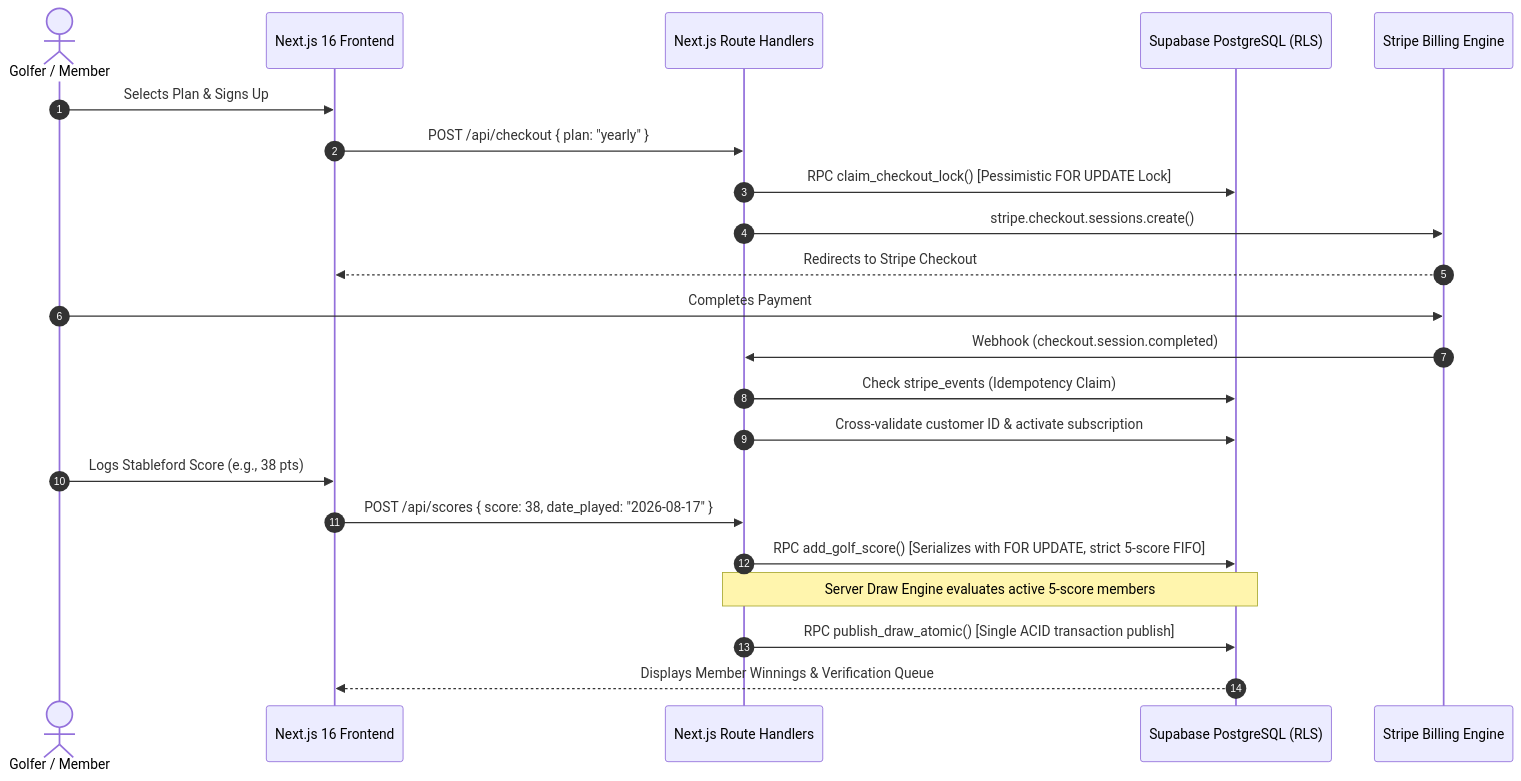
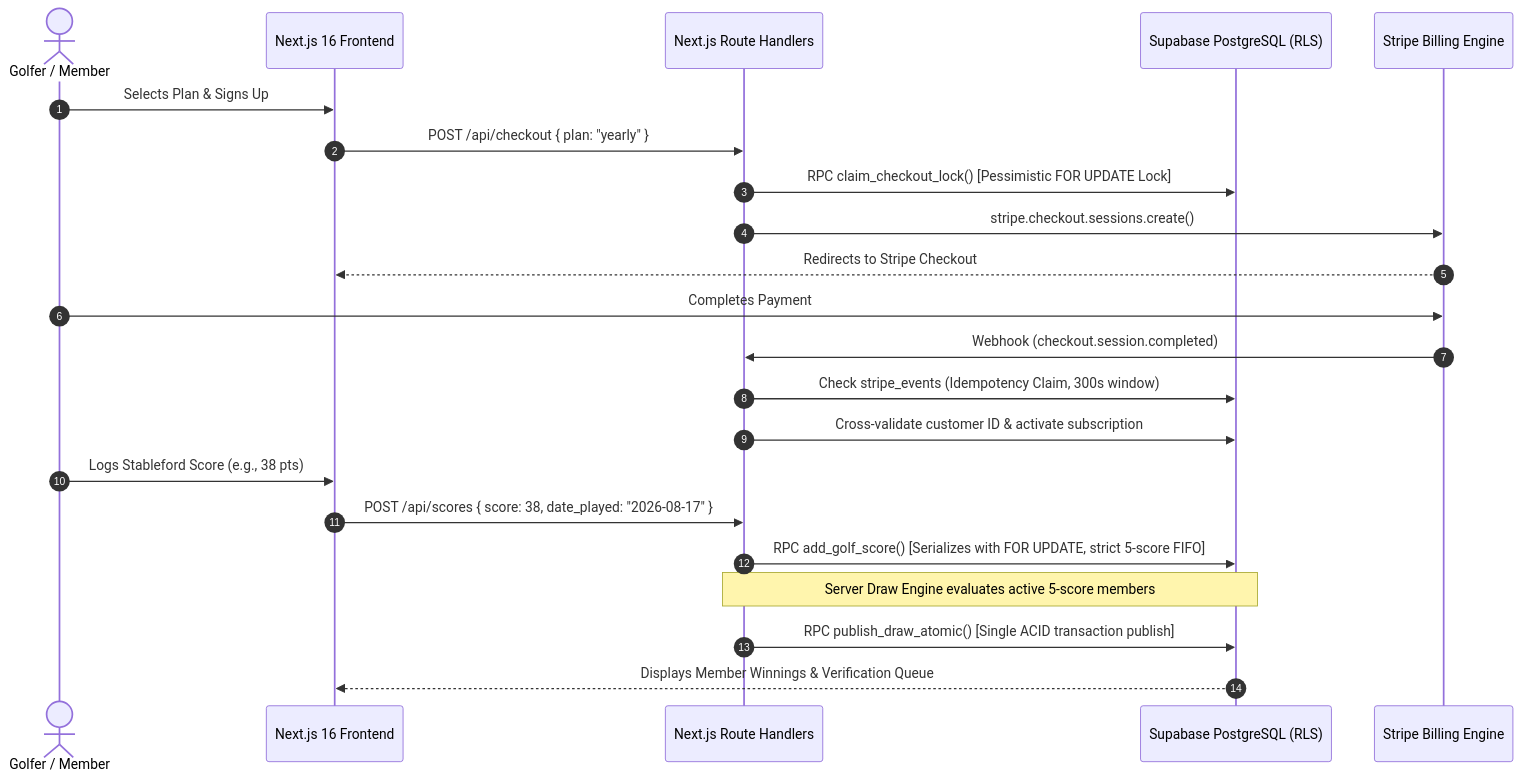
Before and after one commit to Sekhar01807/Golf-Platform: the first of 2 diagrams in README.md, drawn with Mermaid. The commit also changed other lines of this file and 7 other files, not shown here.

````diff
--- a/README.md
+++ b/README.md
@@ -62,25 +62,25 @@
 ```mermaid
 sequenceDiagram
     autonumber
     actor Member as Golfer / Member
     participant UI as Next.js 16 Frontend
     participant API as Next.js Route Handlers
     participant DB as Supabase PostgreSQL (RLS)
     participant Stripe as Stripe Billing Engine
 
     Member->>UI: Selects Plan & Signs Up
     UI->>API: POST /api/checkout { plan: "yearly" }
     API->>DB: RPC claim_checkout_lock() [Pessimistic FOR UPDATE Lock]
     API->>Stripe: stripe.checkout.sessions.create()
     Stripe-->>UI: Redirects to Stripe Checkout
     Member->>Stripe: Completes Payment
     Stripe->>API: Webhook (checkout.session.completed)
-    API->>DB: Check stripe_events (Idempotency Claim)
+    API->>DB: Check stripe_events (Idempotency Claim, 300s window)
     API->>DB: Cross-validate customer ID & activate subscription
     Member->>UI: Logs Stableford Score (e.g., 38 pts)
     UI->>API: POST /api/scores { score: 38, date_played: "2026-08-17" }
     API->>DB: RPC add_golf_score() [Serializes with FOR UPDATE, strict 5-score FIFO]
     Note over API,DB: Server Draw Engine evaluates active 5-score members
     API->>DB: RPC publish_draw_atomic() [Single ACID transaction publish]
     DB-->>UI: Displays Member Winnings & Verification Queue
 ```
````
